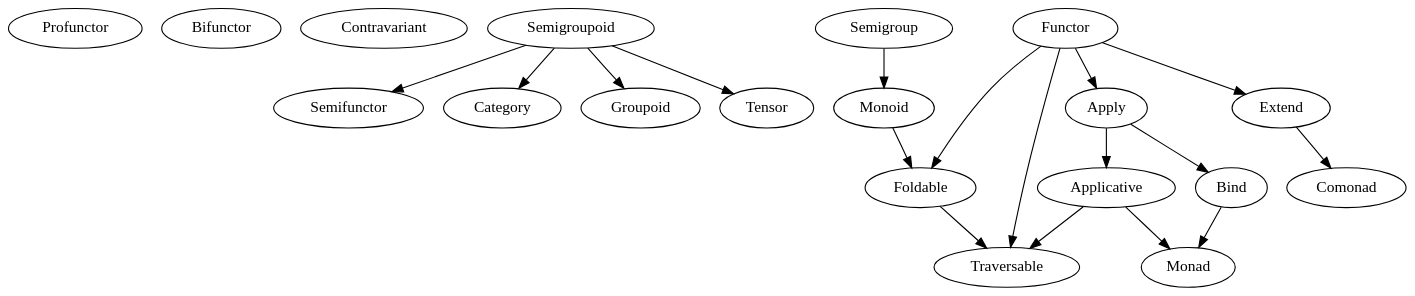
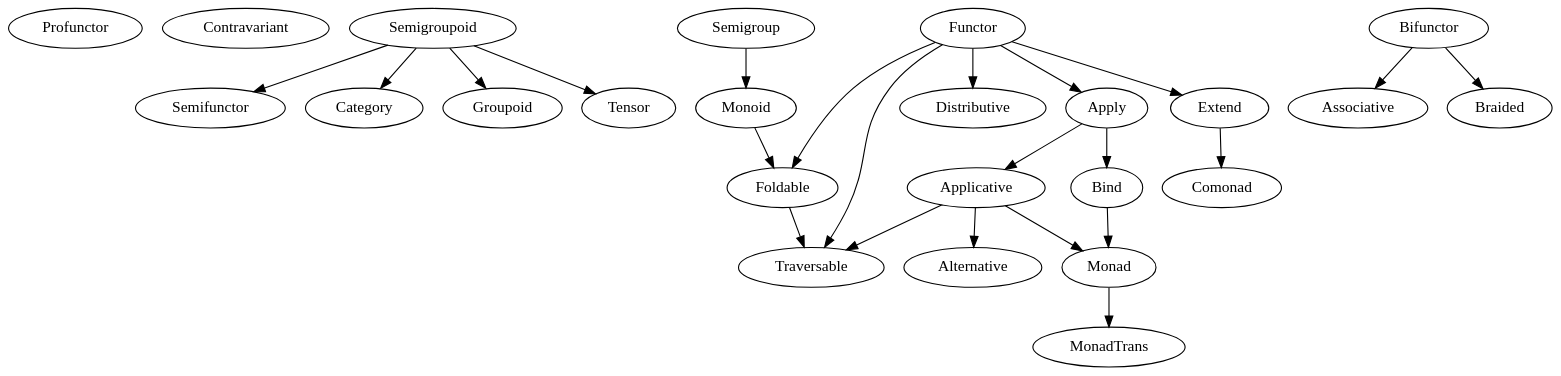
One commit to silky/algebraic-prelude changed the diagram in graph.dot. Above: the diagram before and after it, drawn with Graphviz. The commit also changed 8 other files, not shown here.

Commit message:
distributive and associative

```diff
--- a/graph.dot
+++ b/graph.dot
@@ -1,32 +1,39 @@
 digraph Dependencies {
   bgcolor="transparent"
   Profunctor;
-  Bifunctor;
   Contravariant;
 
   Semigroupoid -> Semifunctor;
   Semigroupoid -> Category;
   Semigroupoid -> Groupoid;
   Semigroupoid -> Tensor;
 
   Semigroup -> Monoid;
 
   Monoid -> Foldable;
 
   Functor -> Foldable;
 
   Functor -> Traversable;
   Foldable -> Traversable;
   Applicative -> Traversable;
 
+  Applicative -> Alternative;
+
+  Bifunctor -> Associative;
+  Functor -> Distributive;
+
+  Bifunctor -> Braided;
 
   Functor -> Apply;
   Functor -> Extend;
   Apply -> Bind;
   Apply -> Applicative;
 
   Extend -> Comonad;
 
   Applicative -> Monad;
   Bind -> Monad;
+
+  Monad -> MonadTrans;
 }
```
